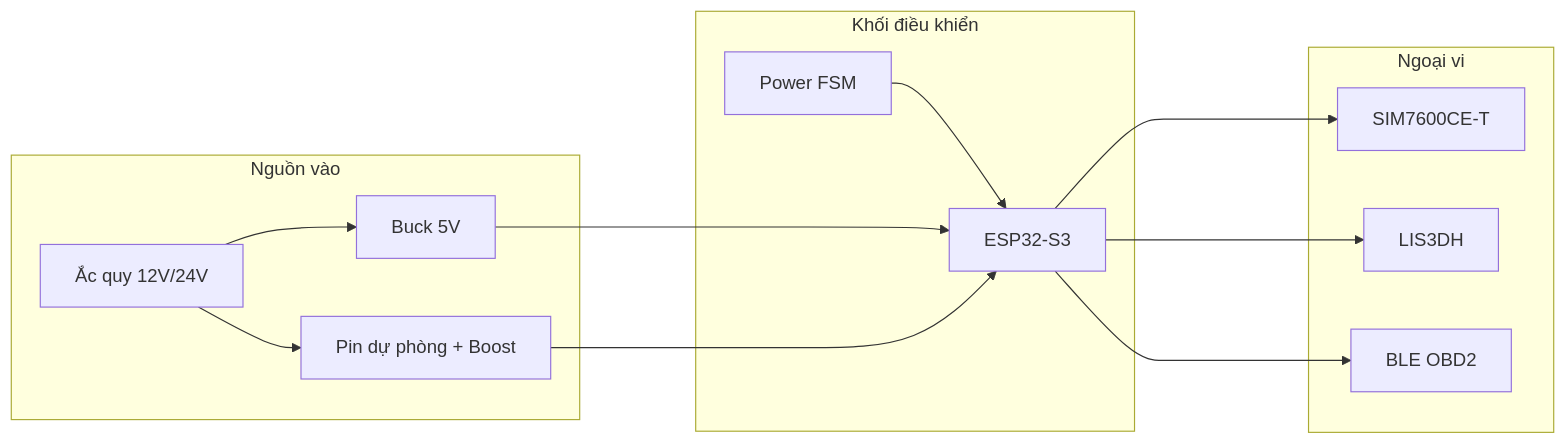
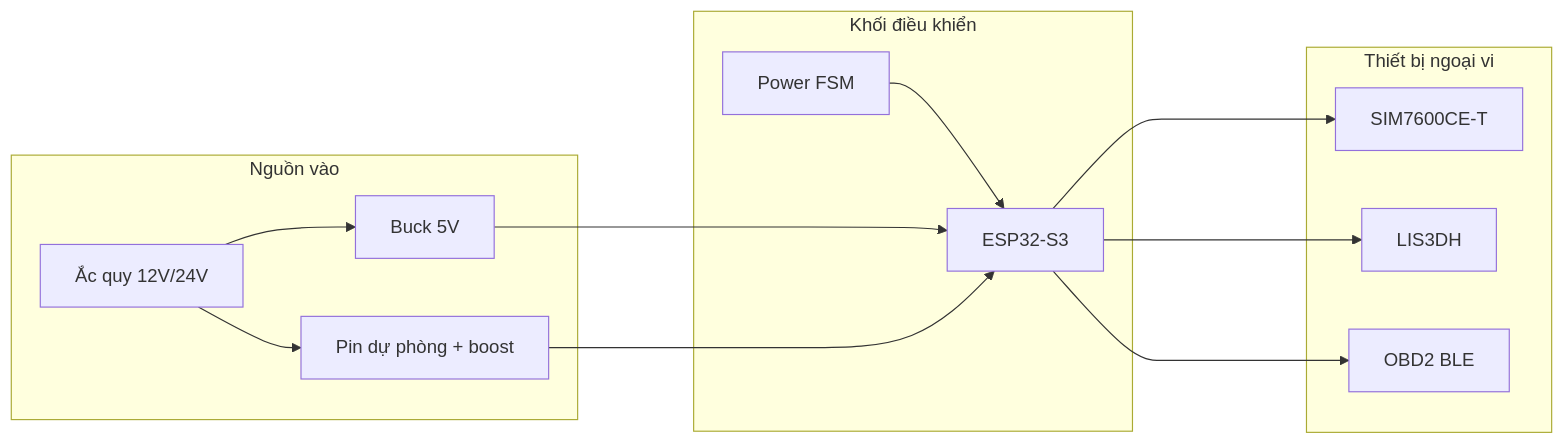
One commit to anmh1205/IoT_Vehicle_Tracking_System changed the diagram in resources/reports/thesis/final/assets/uml/07-chuong-4-trien-khai-hardware-hinh-4-1.mmd. Above: the diagram before and after it, drawn with Mermaid. The commit also changed 209 other files, not shown here.

```diff
--- a/resources/reports/thesis/final/assets/uml/07-chuong-4-trien-khai-hardware-hinh-4-1.mmd
+++ b/resources/reports/thesis/final/assets/uml/07-chuong-4-trien-khai-hardware-hinh-4-1.mmd
@@ -1,26 +1,26 @@
 flowchart LR
     subgraph Input["Nguồn vào"]
         Batt["Ắc quy 12V/24V"]
         Buck["Buck 5V"]
-        Backup["Pin dự phòng + Boost"]
+        Backup["Pin dự phòng + boost"]
         Batt --> Buck
         Batt --> Backup
     end
 
     subgraph Core["Khối điều khiển"]
         MCU["ESP32-S3"]
         PM["Power FSM"]
         PM --> MCU
     end
 
-    subgraph IO["Ngoại vi"]
+    subgraph IO["Thiết bị ngoại vi"]
         Modem["SIM7600CE-T"]
         IMU["LIS3DH"]
-        OBD["BLE OBD2"]
+        OBD["OBD2 BLE"]
     end
 
     Buck ----> MCU
     Backup ----> MCU
     MCU ----> Modem
     MCU ----> IMU
     MCU ----> OBD
```
